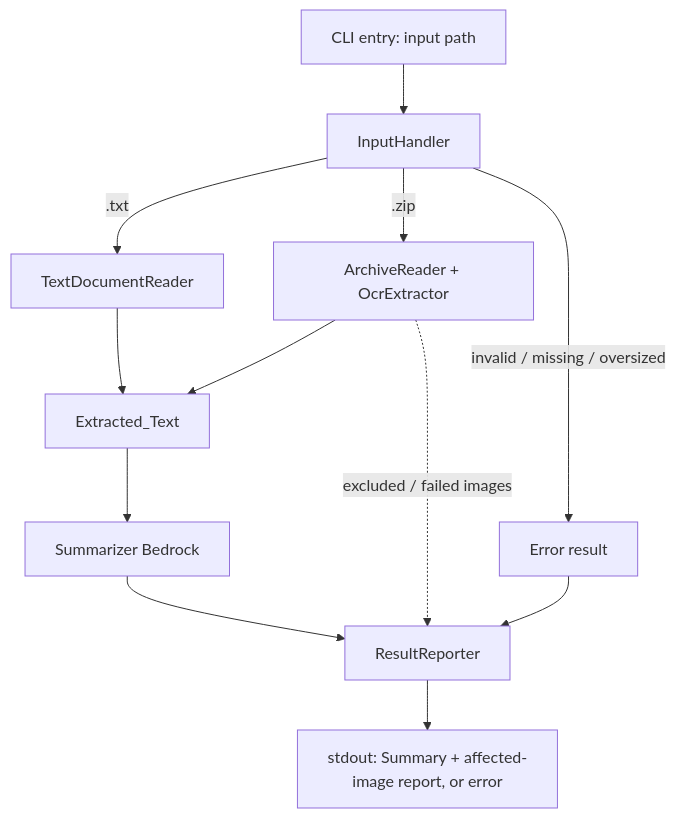
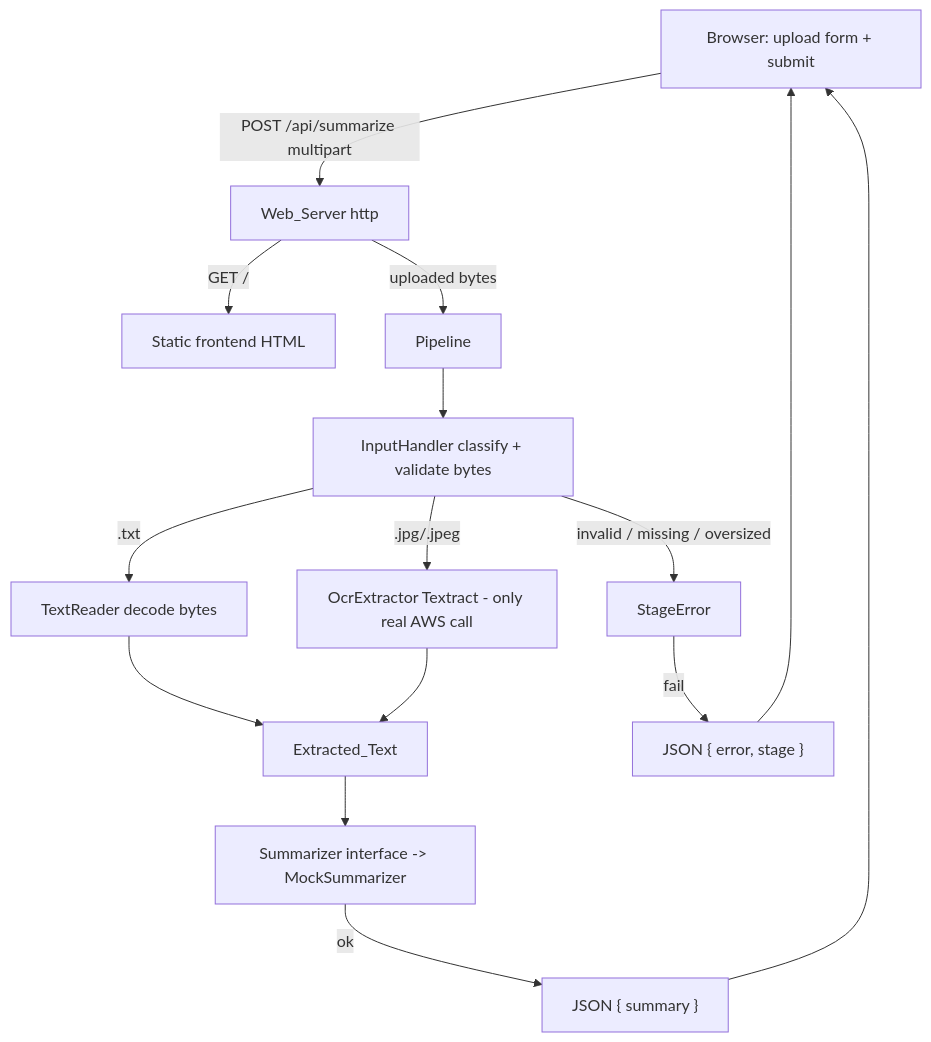
One commit to OksanaH/ai-driven-development-with-kiro-example changed the diagram in .kiro/specs/text-summary-extractor/design.md. Above: the diagram before and after it, drawn with Mermaid. The commit also changed other lines of this file and 26 other files, not shown here.

First line of the commit message:
feat: add web server, Textract OCR pipeline, and terraform infra

````diff
--- a/.kiro/specs/text-summary-extractor/design.md
+++ b/.kiro/specs/text-summary-extractor/design.md
@@ -24,14 +28,17 @@
 ```mermaid
 flowchart TD
-    A[CLI entry: input path] --> B[InputHandler]
-    B -->|.txt| C[TextDocumentReader]
-    B -->|.zip| D[ArchiveReader + OcrExtractor]
-    B -->|invalid / missing / oversized| E[Error result]
-    C --> F[Extracted_Text]
-    D --> F
-    F --> G[Summarizer Bedrock]
-    G --> H[ResultReporter]
-    D -. excluded / failed images .-> H
-    E --> H
-    H --> I[stdout: Summary + affected-image report, or error]
+    U[Browser: upload form + submit] -->|POST /api/summarize multipart| S[Web_Server http]
+    S -->|GET /| SF[Static frontend HTML]
+    S -->|uploaded bytes| P[Pipeline]
+    P --> IH[InputHandler classify + validate bytes]
+    IH -->|.txt| TR[TextReader decode bytes]
+    IH -->|.jpg/.jpeg| OCR[OcrExtractor Textract - only real AWS call]
+    IH -->|invalid / missing / oversized| E[StageError]
+    TR --> XT[Extracted_Text]
+    OCR --> XT
+    XT --> SUM[Summarizer interface -> MockSummarizer]
+    SUM -->|ok| R["JSON { summary }"]
+    E -->|fail| RE["JSON { error, stage }"]
+    R --> U
+    RE --> U
 ```
````
